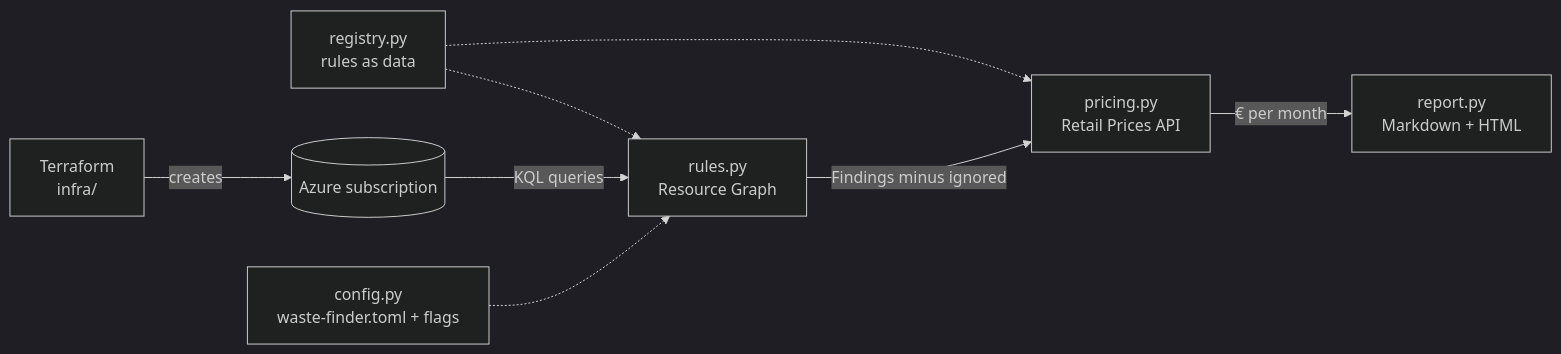
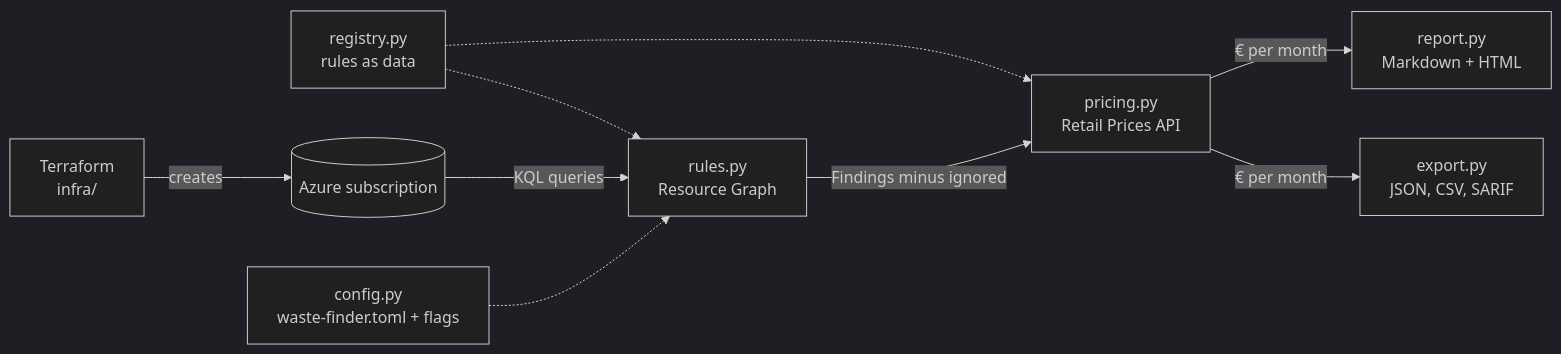
Before and after one commit to viache25/azure-waste-finder: the diagram in README.md, drawn with Mermaid (dark theme). The commit also changed other lines of this file and 9 other files, not shown here.

First line of the commit message:
feat: machine-readable output (JSON, CSV, SARIF) and CI exit code (#10)

````diff
--- a/README.md
+++ b/README.md
@@ -30,10 +30,11 @@
 ```mermaid
 flowchart LR
     TF[Terraform<br/>infra/] -->|creates| AZ[(Azure subscription)]
     REG[registry.py<br/>rules as data] -.-> RG
     REG -.-> PR
     AZ -->|KQL queries| RG[rules.py<br/>Resource Graph]
     CFG[config.py<br/>waste-finder.toml + flags] -.-> RG
     RG -->|Findings minus ignored| PR[pricing.py<br/>Retail Prices API]
     PR -->|€ per month| RP[report.py<br/>Markdown + HTML]
+    PR -->|€ per month| EX[export.py<br/>JSON, CSV, SARIF]
 ```
````
